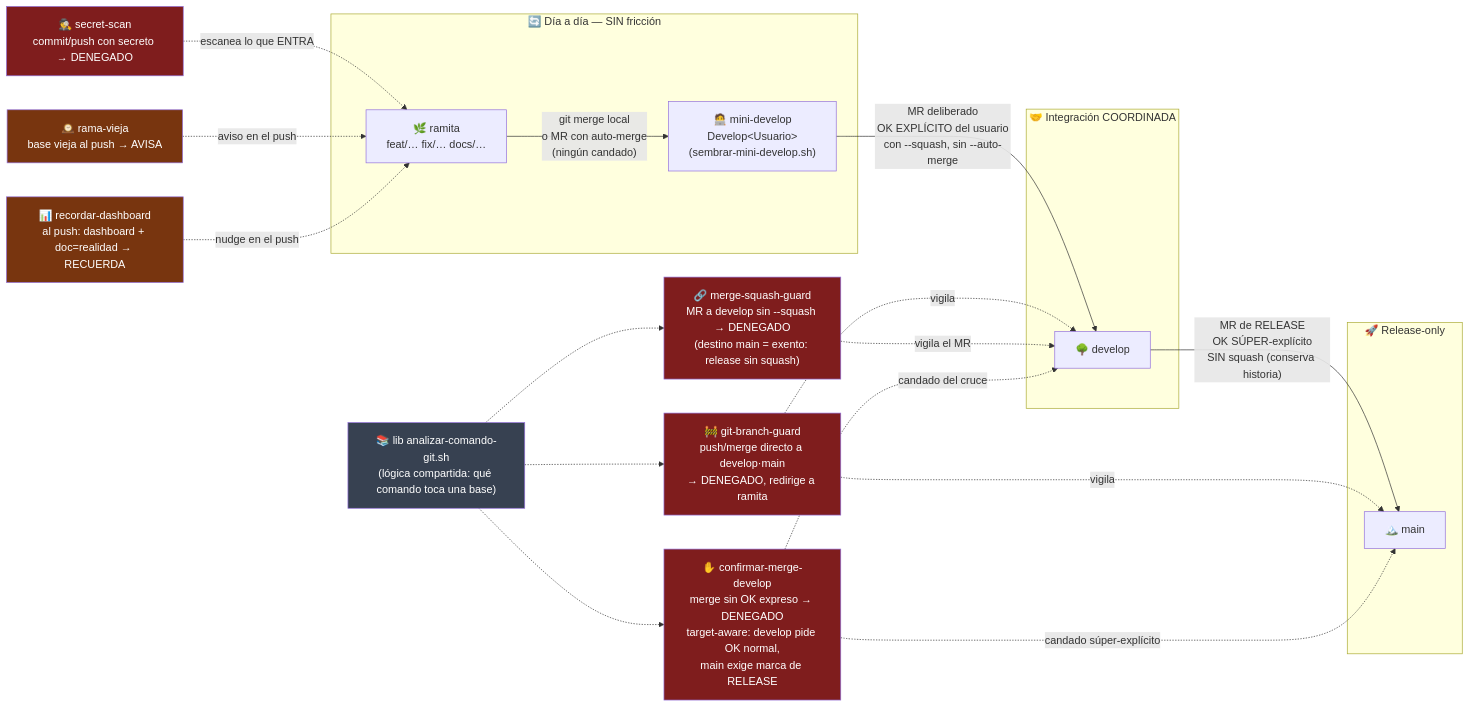
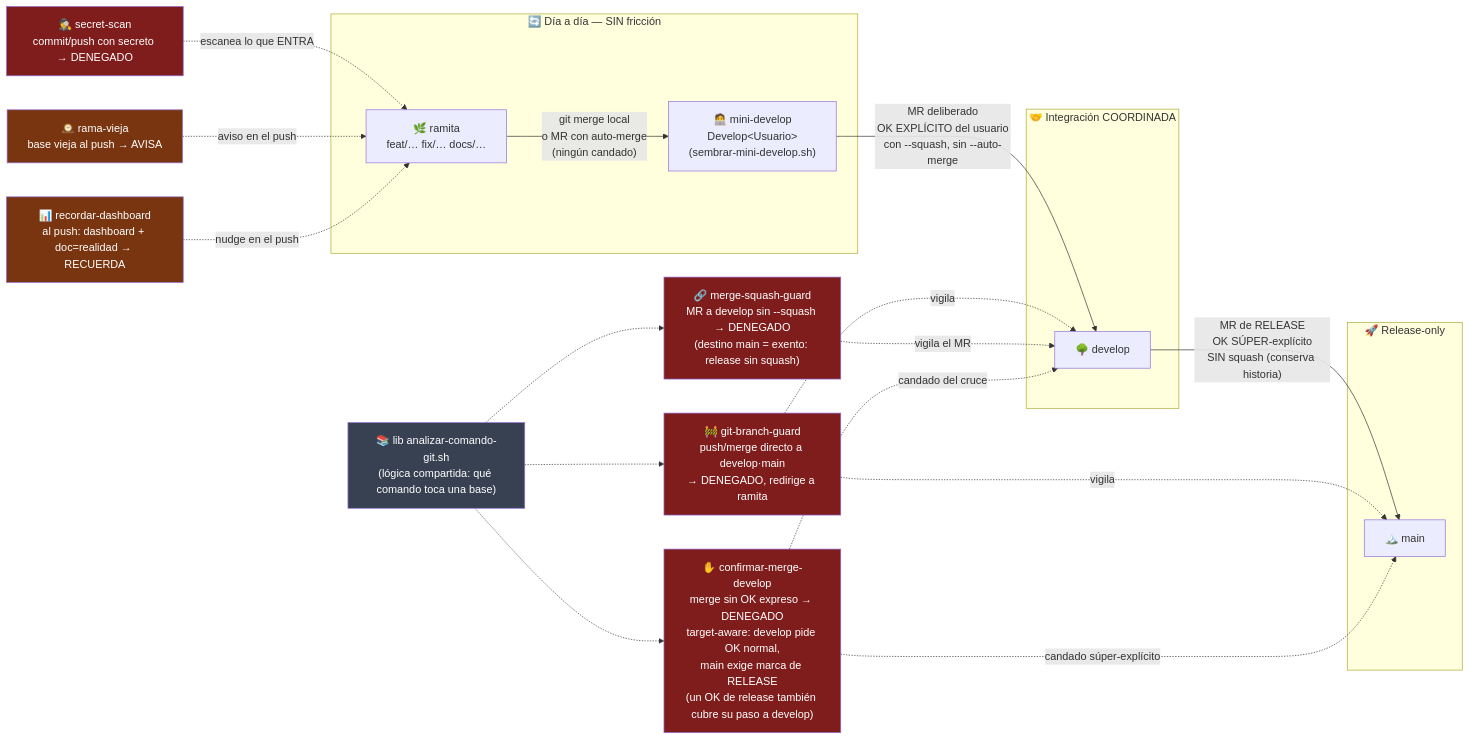
The first of 4 diagrams in docs/mapa-cerebro.md (unjordi/claude-quota-widget), drawn with Mermaid before and after one commit. The commit also changed 2 other files, not shown here.

Commit message:
fix(guard): confirmar-merge-develop — un OK de release-a-main cubre su paso intermedio a develop
Falso-negativo (2026-07-20): 'ya puedes empujar el brain a main' frenó el PR intermedio a
develop porque el CONF_RE de develop no reconocía lenguaje de release-a-main. Fix de PRECISIÓN
(no aflojamiento): el RELEASE_RE ahora se evalúa también en la rama develop — una autorización
de release es MÁS fuerte que un OK de develop, y el release pasa forzosamente por develop.
El camino inverso NO se afloja (un OK de develop sigue SIN autorizar un release a main).
+2 tests (positivo + blindaje anti-aflojamiento). Suite 226/0.

````diff
--- a/docs/mapa-cerebro.md
+++ b/docs/mapa-cerebro.md
@@ -24,47 +24,47 @@
 ```mermaid
 flowchart LR
     subgraph dia["🔄 Día a día — SIN fricción"]
         RAMITA["🌿 ramita<br/>feat/… fix/… docs/…"]
         MINI["🧑‍💻 mini-develop<br/>Develop&lt;Usuario&gt;<br/>(sembrar-mini-develop.sh)"]
         RAMITA -->|"git merge local<br/>o MR con auto-merge<br/>(ningún candado)"| MINI
     end
 
     subgraph coordinado["🤝 Integración COORDINADA"]
         DEVELOP["🌳 develop"]
     end
 
     subgraph release["🚀 Release-only"]
         MAIN["🏔️ main"]
     end
 
     MINI -->|"MR deliberado<br/>OK EXPLÍCITO del usuario<br/>con --squash, sin --auto-merge"| DEVELOP
     DEVELOP -->|"MR de RELEASE<br/>OK SÚPER-explícito<br/>SIN squash (conserva historia)"| MAIN
 
     GBG["🚧 git-branch-guard<br/>push/merge directo a develop·main<br/>→ DENEGADO, redirige a ramita"]
     MSG["🔗 merge-squash-guard<br/>MR a develop sin --squash → DENEGADO<br/>(destino main = exento: release sin squash)"]
-    CMD["✋ confirmar-merge-develop<br/>merge sin OK expreso → DENEGADO<br/>target-aware: develop pide OK normal,<br/>main exige marca de RELEASE"]
+    CMD["✋ confirmar-merge-develop<br/>merge sin OK expreso → DENEGADO<br/>target-aware: develop pide OK normal,<br/>main exige marca de RELEASE<br/>(un OK de release también cubre su paso a develop)"]
     SS["🕵️ secret-scan<br/>commit/push con secreto → DENEGADO"]
     RV["🕰️ rama-vieja<br/>base vieja al push → AVISA"]
     RD["📊 recordar-dashboard<br/>al push: dashboard + doc=realidad → RECUERDA"]
     LIB["📚 lib analizar-comando-git.sh<br/>(lógica compartida: qué comando toca una base)"]
 
     GBG -.->|vigila| DEVELOP
     GBG -.->|vigila| MAIN
     MSG -.->|vigila el MR| DEVELOP
     CMD -.->|candado del cruce| DEVELOP
     CMD -.->|candado súper-explícito| MAIN
     SS -.->|escanea lo que ENTRA| RAMITA
     RV -.->|aviso en el push| RAMITA
     RD -.->|nudge en el push| RAMITA
     LIB -.-> GBG
     LIB -.-> MSG
     LIB -.-> CMD
 
     style GBG fill:#7f1d1d,color:#fff
     style MSG fill:#7f1d1d,color:#fff
     style CMD fill:#7f1d1d,color:#fff
     style SS fill:#7f1d1d,color:#fff
     style RV fill:#78350f,color:#fff
     style RD fill:#78350f,color:#fff
     style LIB fill:#374151,color:#fff
 ```
````
